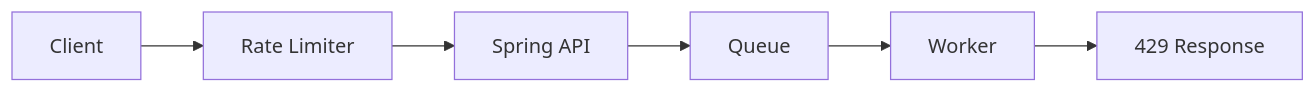
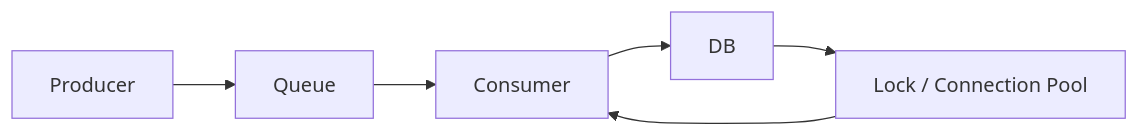
One commit to thisis-joe/thisis-joe.github.io changed the diagram in content/System Design/08. Rate Limit Backpressure/03. Backpressure와 Queue 적체 상세.md. Above: the diagram before and after it, drawn with Mermaid. The commit also changed other lines of this file and 595 other files, not shown here.

````diff
--- a/content/System Design/08. Rate Limit Backpressure/03. Backpressure와 Queue 적체 상세.md
+++ b/content/System Design/08. Rate Limit Backpressure/03. Backpressure와 Queue 적체 상세.md
@@ -42,8 +87,8 @@
 ```mermaid
 flowchart LR
-    A["Client"] --> B["Rate Limiter"]
-    B["Rate Limiter"] --> C["Spring API"]
-    C["Spring API"] --> D["Queue"]
-    D["Queue"] --> E["Worker"]
-    E["Worker"] --> F["429 Response"]
+    A["Producer"] --> B["Queue"]
+    B --> C["Consumer"]
+    C --> D["DB"]
+    D --> E["Lock / Connection Pool"]
+    E --> C
 ```
````
